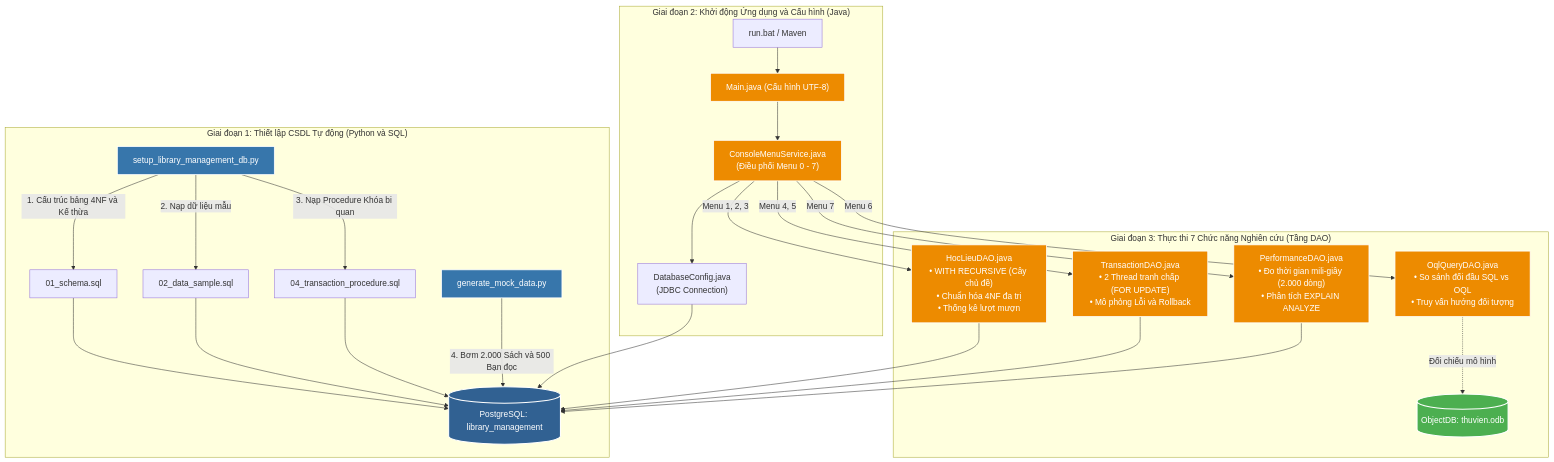
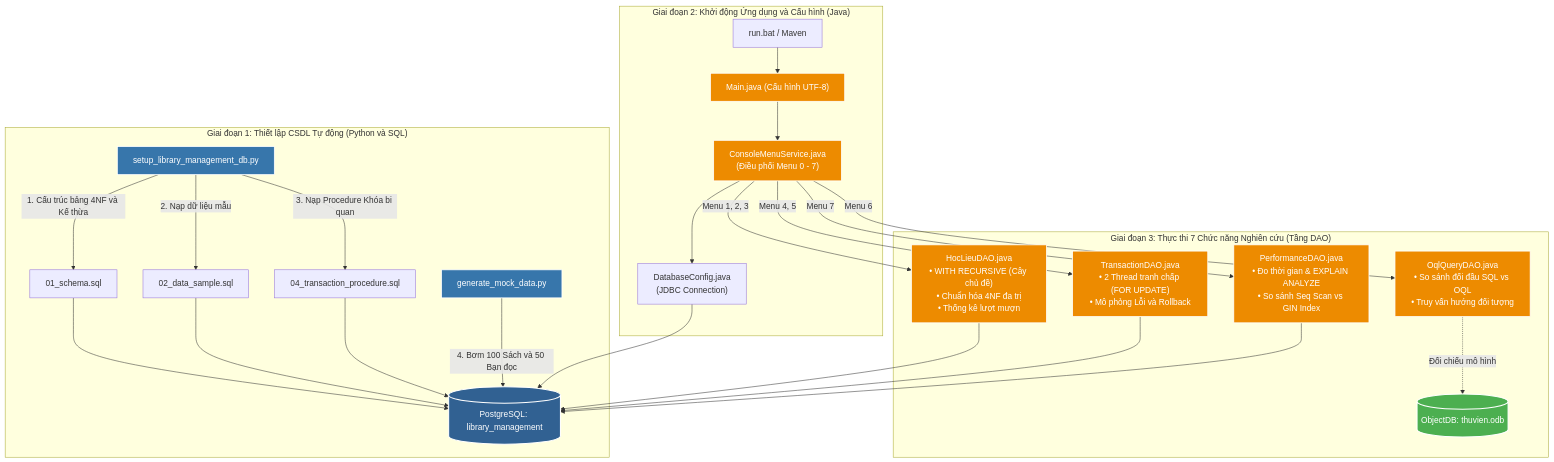
The diagram in README.md (vannam52/CSDLNC_ThuVienHocLieu), drawn with Mermaid before and after one commit. The commit also changed other lines of this file and 13 other files, not shown here.

````diff
--- a/README.md
+++ b/README.md
@@ -30,40 +30,40 @@
 ```mermaid
 graph TD
     subgraph GD1 ["Giai đoạn 1: Thiết lập CSDL Tự động (Python và SQL)"]
         P1["setup_library_management_db.py"] -->|1. Cấu trúc bảng 4NF và Kế thừa| S1["01_schema.sql"]
         P1 -->|2. Nạp dữ liệu mẫu| S2["02_data_sample.sql"]
         P1 -->|3. Nạp Procedure Khóa bi quan| S3["04_transaction_procedure.sql"]
         S1 --> PG[("PostgreSQL: library_management")]
         S2 --> PG
         S3 --> PG
-        P2["generate_mock_data.py"] -->|4. Bơm 2.000 Sách và 500 Bạn đọc| PG
+        P2["generate_mock_data.py"] -->|4. Bơm 100 Sách và 50 Bạn đọc| PG
     end
 
     subgraph GD2 ["Giai đoạn 2: Khởi động Ứng dụng và Cấu hình (Java)"]
         RUN["run.bat / Maven"] --> MAIN["Main.java (Cấu hình UTF-8)"]
         MAIN --> MENU["ConsoleMenuService.java<br/>(Điều phối Menu 0 - 7)"]
         MENU --> CFG["DatabaseConfig.java<br/>(JDBC Connection)"]
         CFG --> PG
     end
 
     subgraph GD3 ["Giai đoạn 3: Thực thi 7 Chức năng Nghiên cứu (Tầng DAO)"]
         MENU -->|Menu 1, 2, 3| DAO1["HocLieuDAO.java<br/>• WITH RECURSIVE (Cây chủ đề)<br/>• Chuẩn hóa 4NF đa trị<br/>• Thống kê lượt mượn"]
         MENU -->|Menu 4, 5| DAO2["TransactionDAO.java<br/>• 2 Thread tranh chấp (FOR UPDATE)<br/>• Mô phỏng Lỗi và Rollback"]
         MENU -->|Menu 6| DAO3["OqlQueryDAO.java<br/>• So sánh đối đầu SQL vs OQL<br/>• Truy vấn hướng đối tượng"]
-        MENU -->|Menu 7| DAO4["PerformanceDAO.java<br/>• Đo thời gian mili-giây (2.000 dòng)<br/>• Phân tích EXPLAIN ANALYZE"]
+        MENU -->|Menu 7| DAO4["PerformanceDAO.java<br/>• Đo thời gian & EXPLAIN ANALYZE<br/>• So sánh Seq Scan vs GIN Index"]
         
         DAO1 --> PG
         DAO2 --> PG
         DAO4 --> PG
         DAO3 -.->|Đối chiếu mô hình| ODB[("ObjectDB: thuvien.odb")]
     end
 
     classDef db fill:#316192,stroke:#fff,stroke-width:2px,color:#fff;
     classDef odb fill:#4CAF50,stroke:#fff,stroke-width:2px,color:#fff;
     classDef py fill:#3776AB,stroke:#fff,stroke-width:1.5px,color:#fff;
     classDef jv fill:#ED8B00,stroke:#fff,stroke-width:1.5px,color:#fff;
     class PG db;
     class ODB odb;
     class P1,P2 py;
     class MAIN,MENU,DAO1,DAO2,DAO3,DAO4 jv;
 ```
````
